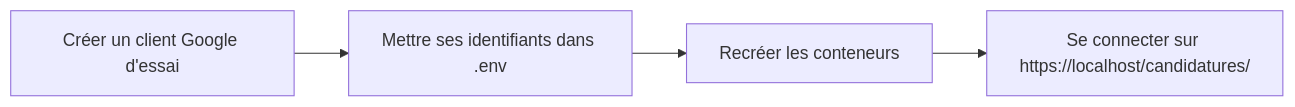
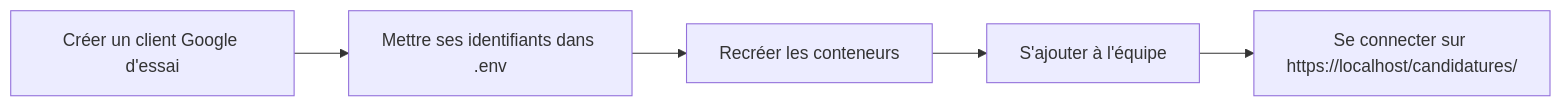
Before and after one commit to design-cpu/yeita-recrutement: the second of 2 diagrams in hlyja/technique/docker-local.humain.md, drawn with Mermaid. The commit also changed other lines of this file and 31 other files, not shown here.

````diff
--- a/hlyja/technique/docker-local.humain.md
+++ b/hlyja/technique/docker-local.humain.md
@@ -62,6 +68,7 @@
 ```mermaid
 flowchart LR
   A[Créer un client Google d'essai] --> B[Mettre ses identifiants dans .env]
   B --> C[Recréer les conteneurs]
-  C --> D[Se connecter sur https://localhost/candidatures/]
+  C --> D[S'ajouter à l'équipe]
+  D --> E[Se connecter sur https://localhost/candidatures/]
 ```
````
